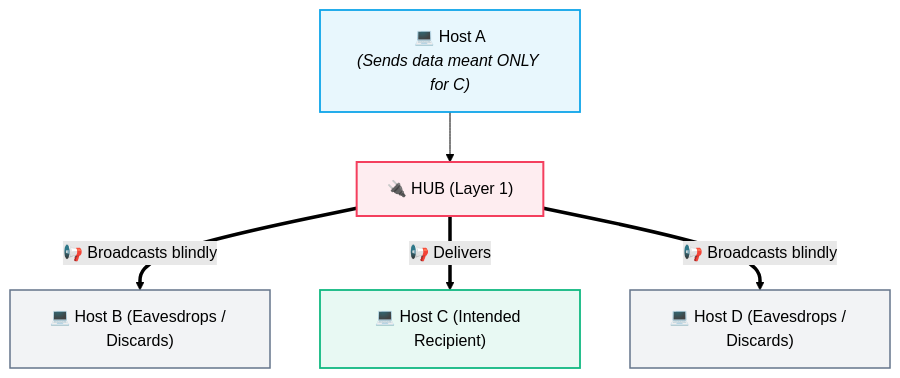
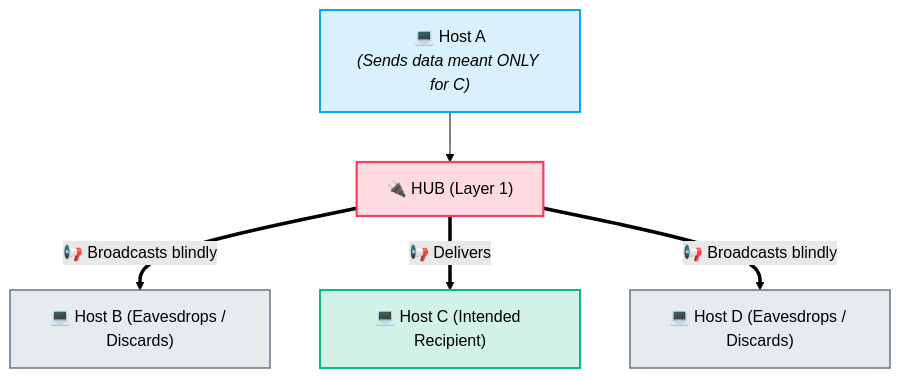
The first of 5 diagrams in CS/Computer Networking/01. Architecture & Fundamentals/05. Network Hardware - Hub, Switch, Router, Modem.md (abhinavbharti2345/CS_Notes), drawn with Mermaid (forest theme) before and after one commit. The commit also changed other lines of this file and 20 other files, not shown here.

Commit message:
feat: add foundational notes and diagrams for computer networking, data structures, and machine learning pipelines

````diff
--- a/CS/Computer Networking/01. Architecture & Fundamentals/05. Network Hardware - Hub, Switch, Router, Modem.md
+++ b/CS/Computer Networking/01. Architecture & Fundamentals/05. Network Hardware - Hub, Switch, Router, Modem.md
@@ -32,17 +32,17 @@
 ```mermaid
 flowchart TD
     HostA["💻 Host A<br><i>(Sends data meant ONLY for C)</i>"] --> Hub["🔌 HUB (Layer 1)"]
     Hub ==>|"📢 Broadcasts blindly"| HostB["💻 Host B (Eavesdrops / Discards)"]
     Hub ==>|"📢 Delivers"| HostC["💻 Host C (Intended Recipient)"]
     Hub ==>|"📢 Broadcasts blindly"| HostD["💻 Host D (Eavesdrops / Discards)"]
 
-    classDef sender fill:#0ea5e918,stroke:#0ea5e9,stroke-width:1.8px;
-    classDef hub fill:#f43f5e18,stroke:#f43f5e,stroke-width:2px;
-    classDef target fill:#10b98118,stroke:#10b981,stroke-width:1.8px;
-    classDef discard fill:#64748b15,stroke:#64748b,stroke-width:1.5px;
+    classDef sender fill:#0ea5e928,stroke:#0ea5e9,stroke-width:2px;
+    classDef hub fill:#f43f5e30,stroke:#f43f5e,stroke-width:2.2px;
+    classDef target fill:#10b98130,stroke:#10b981,stroke-width:2px;
+    classDef discard fill:#64748b25,stroke:#64748b,stroke-width:1.5px;
 
     class HostA sender;
     class Hub hub;
     class HostC target;
     class HostB,HostD discard;
 ```
````
